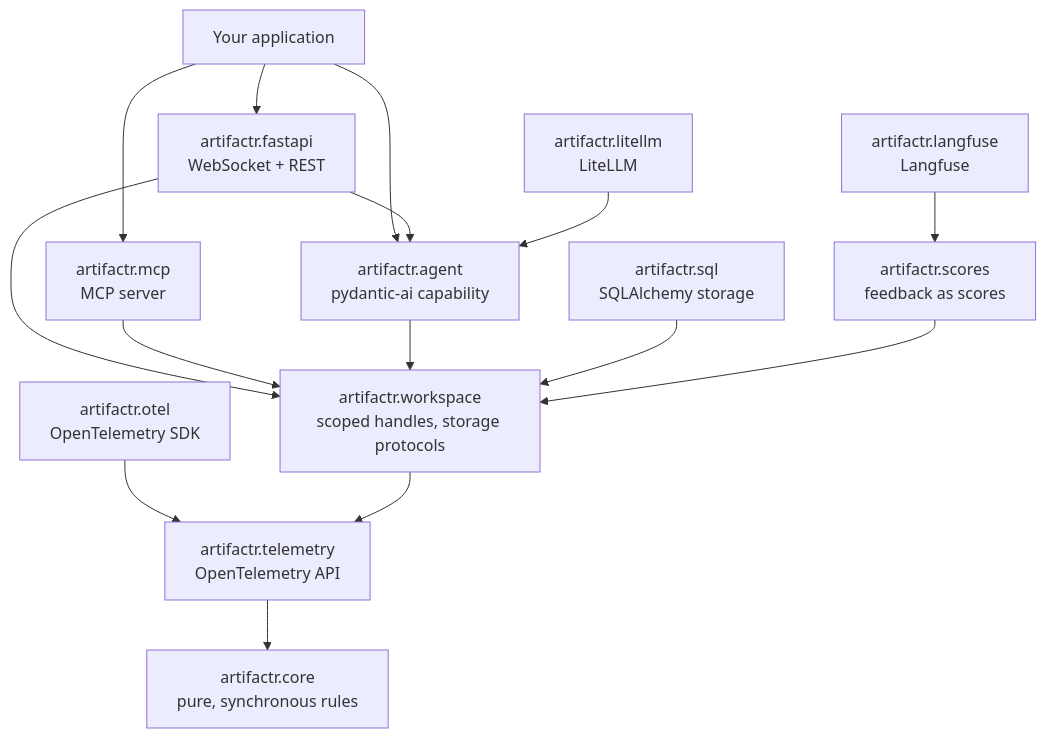
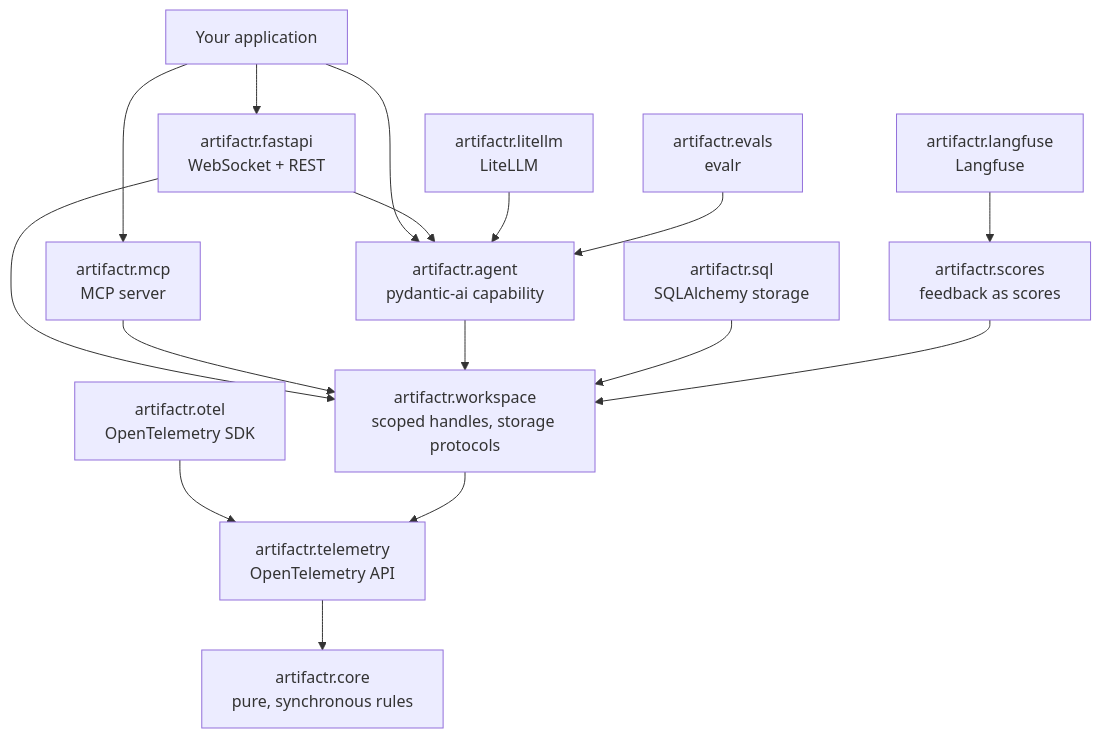
One commit to alexnodeland/artifactr changed the first of 3 diagrams in docs/architecture.md. Above: the diagram before and after it, drawn with Mermaid. The commit also changed other lines of this file and 28 other files, not shown here.

First line of the commit message:
feat(evals): the [evals] extra over evalr (#39)

````diff
--- a/docs/architecture.md
+++ b/docs/architecture.md
@@ -56,17 +56,18 @@
 ```mermaid
 graph TD
     app["Your application"] --> fastapi["artifactr.fastapi<br/>WebSocket + REST"]
     app --> mcp["artifactr.mcp<br/>MCP server"]
     app --> agent
     fastapi --> agent["artifactr.agent<br/>pydantic-ai capability"]
     fastapi --> workspace
     mcp --> workspace
     agent --> workspace["artifactr.workspace<br/>scoped handles, storage protocols"]
     sql["artifactr.sql<br/>SQLAlchemy storage"] --> workspace
     scores["artifactr.scores<br/>feedback as scores"] --> workspace
     otel["artifactr.otel<br/>OpenTelemetry SDK"] --> telemetry
     langfuse["artifactr.langfuse<br/>Langfuse"] --> scores
     litellm["artifactr.litellm<br/>LiteLLM"] --> agent
+    evals["artifactr.evals<br/>evalr"] --> agent
     workspace --> telemetry["artifactr.telemetry<br/>OpenTelemetry API"]
     telemetry --> core["artifactr.core<br/>pure, synchronous rules"]
 ```
````
